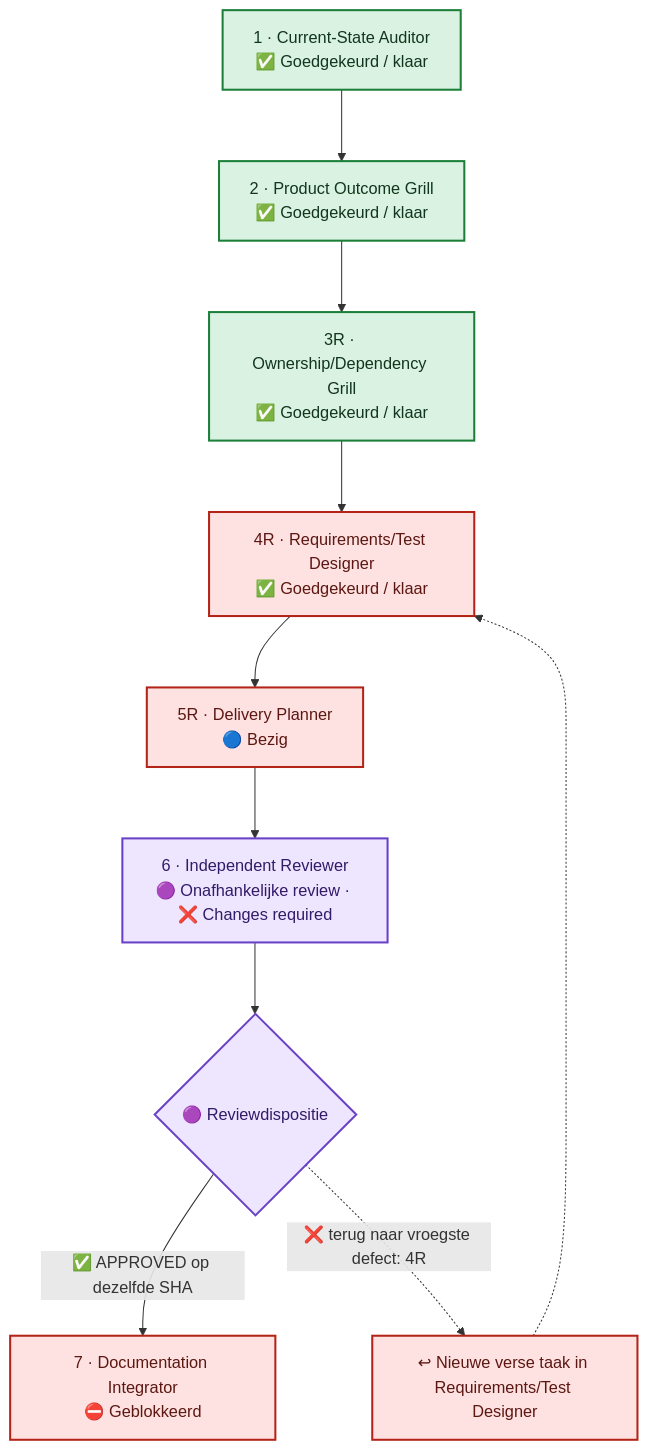
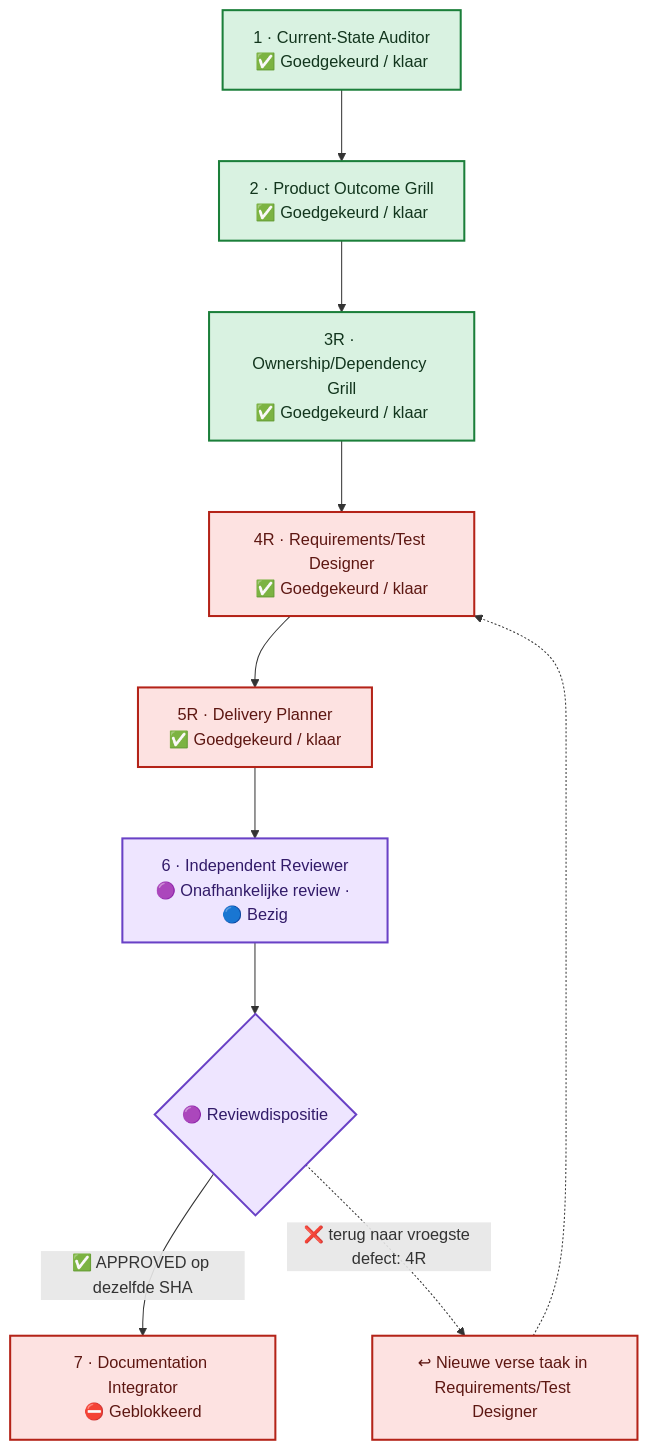
Before and after one commit to Jandesch91/n1-bioforge-requirements-cockpit: the diagram in flow.mmd, drawn with Mermaid. The commit also changed 4 other files, not shown here.

Commit message:
chore(cockpit): second independent review in progress

```diff
--- a/flow.mmd
+++ b/flow.mmd
@@ -1,24 +1,24 @@
 %%{init: {"flowchart": {"curve": "basis", "nodeSpacing": 60, "rankSpacing": 70, "htmlLabels": true}}}%%
 flowchart TB
     %% A vertical main lane prevents crossing arrows. The review return uses one side lane.
     phase_1["1 · Current-State Auditor<br/>✅ Goedgekeurd / klaar"]
     phase_2["2 · Product Outcome Grill<br/>✅ Goedgekeurd / klaar"]
     phase_3r["3R · Ownership/Dependency Grill<br/>✅ Goedgekeurd / klaar"]
     phase_4r["4R · Requirements/Test Designer<br/>✅ Goedgekeurd / klaar"]
-    phase_5r["5R · Delivery Planner<br/>🔵 Bezig"]
-    phase_6["6 · Independent Reviewer<br/>🟣 Onafhankelijke review · ❌ Changes required"]
+    phase_5r["5R · Delivery Planner<br/>✅ Goedgekeurd / klaar"]
+    phase_6["6 · Independent Reviewer<br/>🟣 Onafhankelijke review · 🔵 Bezig"]
     phase_7["7 · Documentation Integrator<br/>⛔ Geblokkeerd"]
     phase_1 --> phase_2 --> phase_3r --> phase_4r --> phase_5r --> phase_6
     review_decision{"🟣 Reviewdispositie"}
     phase_6 --> review_decision
     review_decision -->|"✅ APPROVED op dezelfde SHA"| phase_7
     review_decision -.->|"❌ terug naar vroegste defect: 4R"| return_lane["↩ Nieuwe verse taak in Requirements/Test Designer"]
     return_lane -.-> phase_4r
     classDef approved fill:#D9F2E1,stroke:#1B7F3A,color:#12351D,stroke-width:2px
     classDef changes fill:#FDE2E1,stroke:#B42318,color:#5D1712,stroke-width:2px
     classDef blocked fill:#FDE2E1,stroke:#B42318,color:#5D1712,stroke-width:2px
     classDef review fill:#EEE5FF,stroke:#6941C6,color:#321B69,stroke-width:2px
     class phase_1,phase_2,phase_3r approved
     class phase_4r changes
     class phase_5r,phase_7,return_lane blocked
     class phase_6,review_decision review
```
